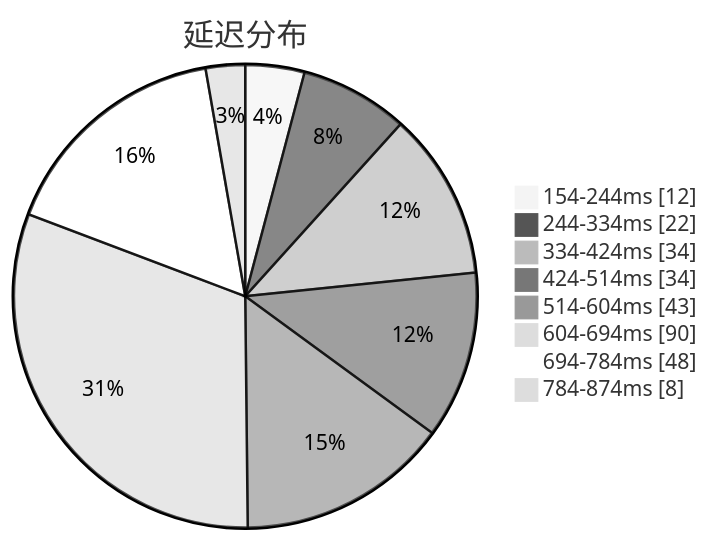
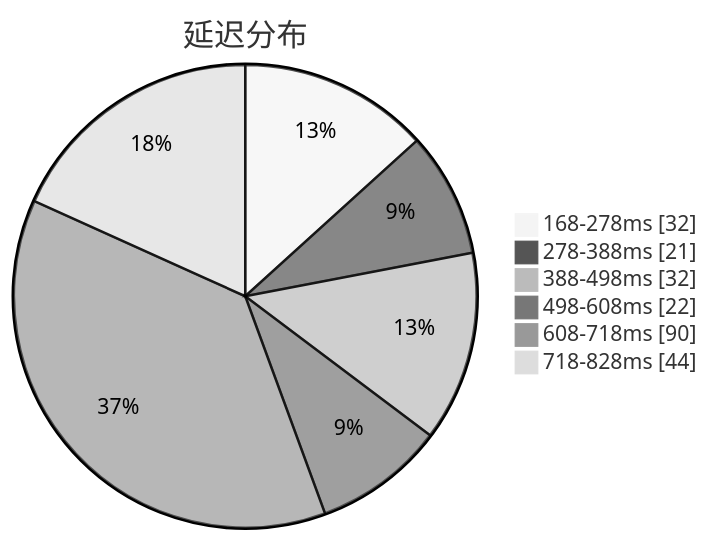
One commit to qjlxg/airport changed the first of 3 diagrams in subs/statistics/tested_within.md. Above: the diagram before and after it, drawn with Mermaid (neutral theme). The commit also changed other lines of this file and 2 other files, not shown here.

Commit message:
Tested by metaST

````diff
--- a/subs/statistics/tested_within.md
+++ b/subs/statistics/tested_within.md
@@ -2,12 +2,10 @@
 ```mermaid
 pie showData
 title 延迟分布
-"154-244ms" : 12
-"244-334ms" : 22
-"334-424ms" : 34
-"424-514ms" : 34
-"514-604ms" : 43
-"604-694ms" : 90
-"694-784ms" : 48
-"784-874ms" : 8
+"168-278ms" : 32
+"278-388ms" : 21
+"388-498ms" : 32
+"498-608ms" : 22
+"608-718ms" : 90
+"718-828ms" : 44
 ```
````
